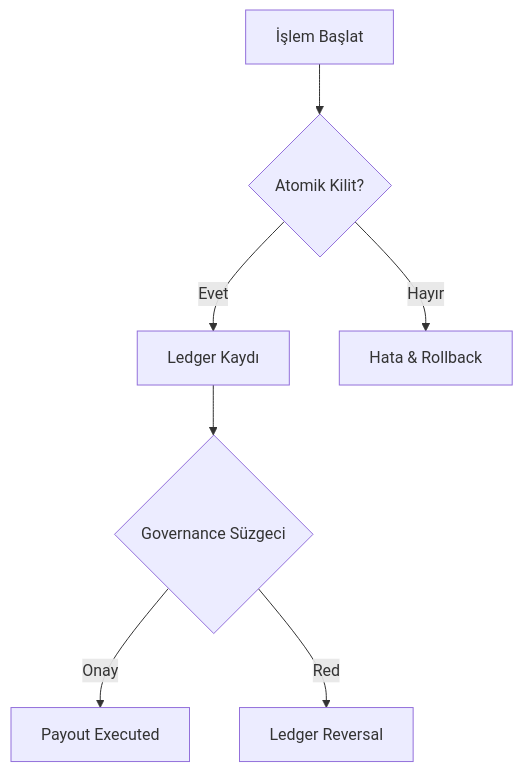
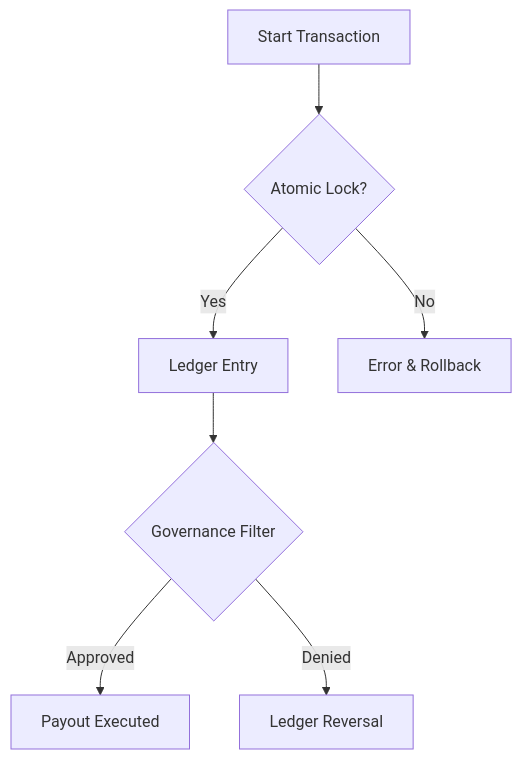
The diagram in docs/04-developer/testing/financial-test-strategy.md (MaxHandMade/mhm-rentiva-docs), drawn with Mermaid before and after one commit. The commit also changed other lines of this file and 347 other files, not shown here.

````diff
--- a/docs/04-developer/testing/financial-test-strategy.md
+++ b/docs/04-developer/testing/financial-test-strategy.md
@@ -56,9 +56,9 @@
 ```mermaid
 graph TD
-    A[İşlem Başlat] --> B{Atomik Kilit?}
-    B -- Evet --> C[Ledger Kaydı]
-    B -- Hayır --> D[Hata & Rollback]
-    C --> E{Governance Süzgeci}
-    E -- Onay --> F[Payout Executed]
-    E -- Red --> G[Ledger Reversal]
+    A[Start Transaction] --> B{Atomic Lock?}
+    B -- Yes --> C[Ledger Entry]
+    B -- No --> D[Error & Rollback]
+    C --> E{Governance Filter}
+    E -- Approved --> F[Payout Executed]
+    E -- Denied --> G[Ledger Reversal]
 ```
````
